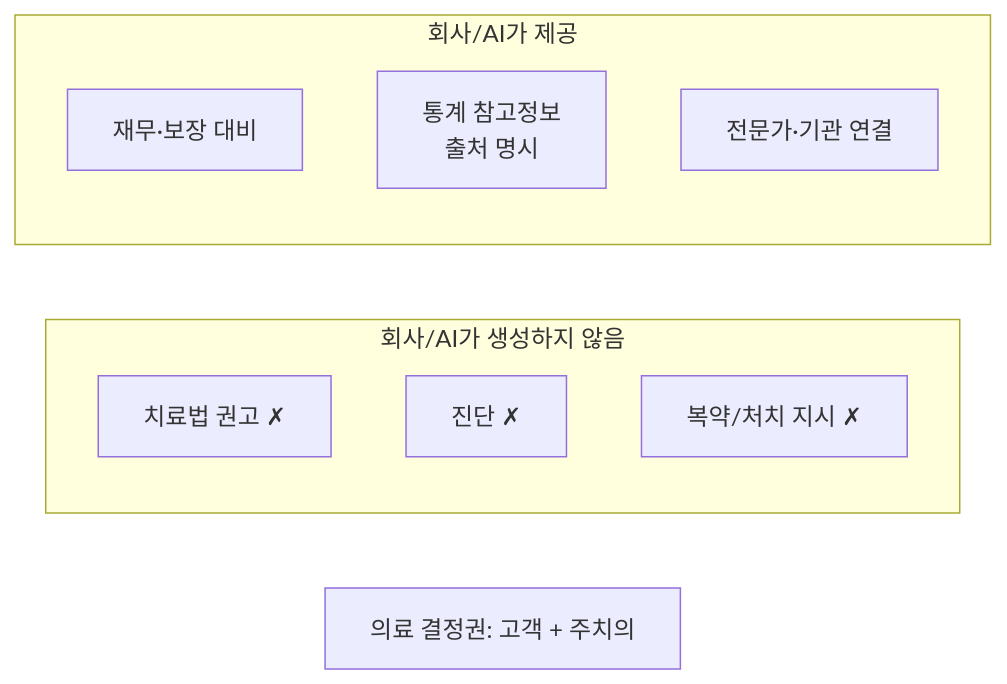
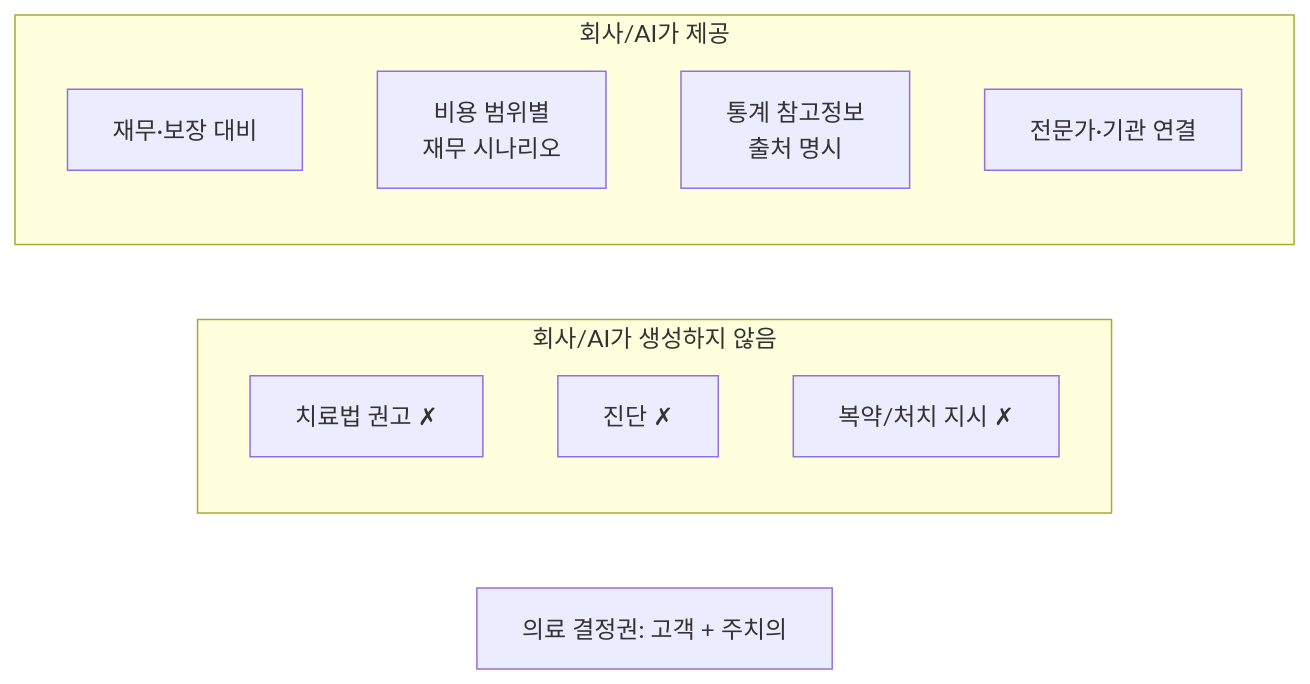
Before and after one commit to YoonMin02/JB-WM-backend: the second of 2 diagrams in docs/10_SECURITY_PRIVACY.md, drawn with Mermaid. The commit also changed other lines of this file and 5 other files, not shown here.

````diff
--- a/docs/10_SECURITY_PRIVACY.md
+++ b/docs/10_SECURITY_PRIVACY.md
@@ -32,14 +32,15 @@
 ```mermaid
 flowchart LR
     subgraph 생성금지["회사/AI가 생성하지 않음"]
         M1[치료법 권고 ✗]
         M2[진단 ✗]
         M3[복약/처치 지시 ✗]
     end
     subgraph 제공["회사/AI가 제공"]
         F1[재무·보장 대비]
-        F2[통계 참고정보<br/>출처 명시]
-        F3[전문가·기관 연결]
+        F2[비용 범위별<br/>재무 시나리오]
+        F3[통계 참고정보<br/>출처 명시]
+        F4[전문가·기관 연결]
     end
     DEC[의료 결정권: 고객 + 주치의]
 ```
````
